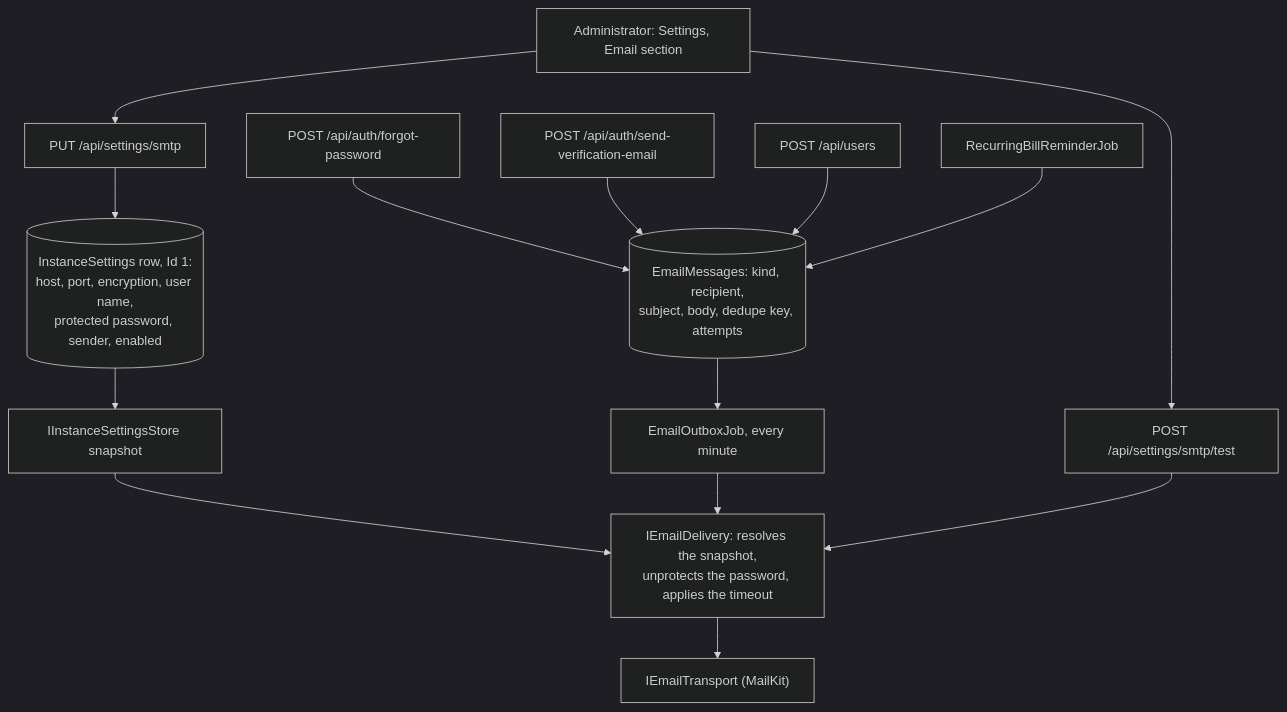
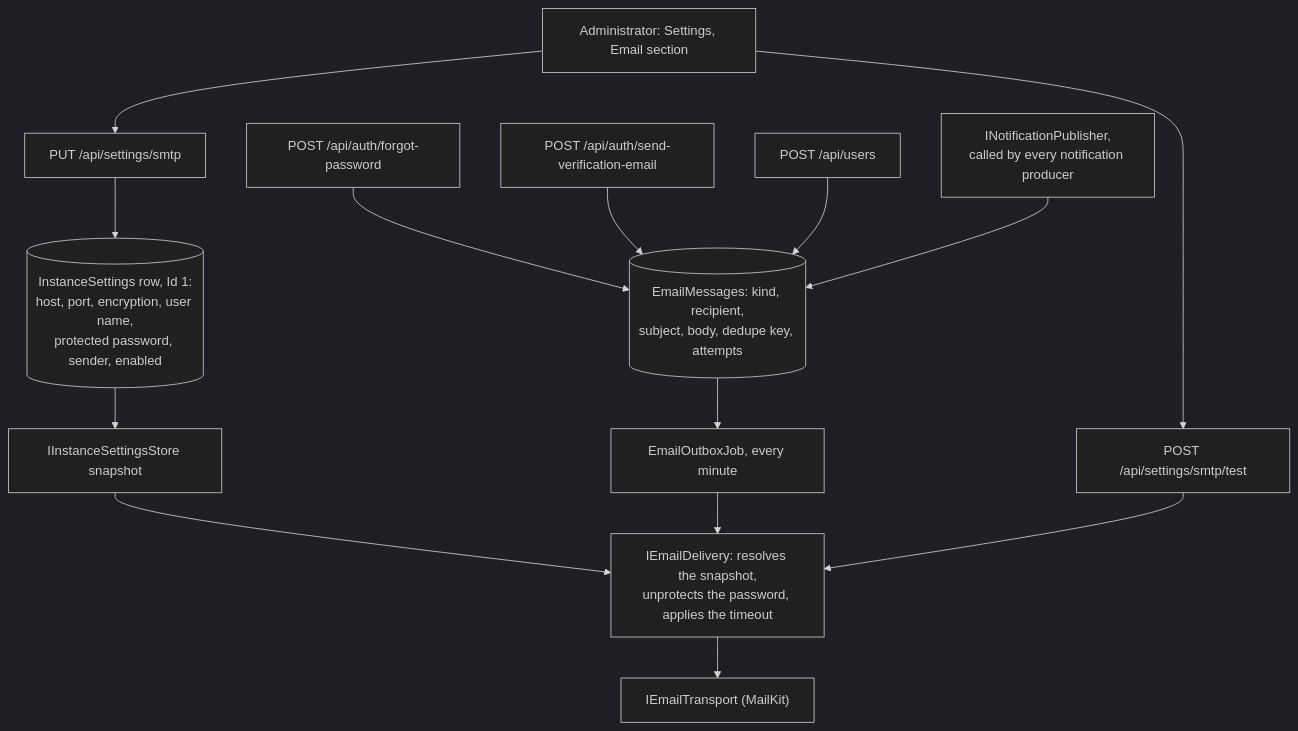
The first of 4 diagrams in docs/features/email.md (Justxs/Jx-Finance), drawn with Mermaid (dark theme) before and after one commit. The commit also changed other lines of this file and 138 other files, not shown here.

````diff
--- a/docs/features/email.md
+++ b/docs/features/email.md
@@ -15,16 +15,16 @@
 ```mermaid
 flowchart TD
     Admin["Administrator: Settings, Email section"] --> Save["PUT /api/settings/smtp"]
     Save --> Row[("InstanceSettings row, Id 1:<br/>host, port, encryption, user name,<br/>protected password, sender, enabled")]
     Row --> Store["IInstanceSettingsStore snapshot"]
     Store --> Delivery["IEmailDelivery: resolves the snapshot,<br/>unprotects the password, applies the timeout"]
     Delivery --> Transport["IEmailTransport (MailKit)"]
     Reset["POST /api/auth/forgot-password"] --> Outbox
     Verify["POST /api/auth/send-verification-email"] --> Outbox
     Create["POST /api/users"] --> Outbox
-    Bills["RecurringBillReminderJob"] --> Outbox
+    Publisher["INotificationPublisher,<br/>called by every notification producer"] --> Outbox
     Outbox[("EmailMessages: kind, recipient,<br/>subject, body, dedupe key, attempts")] --> Job["EmailOutboxJob, every minute"]
     Job --> Delivery
     Admin --> Test["POST /api/settings/smtp/test"]
     Test --> Delivery
 ```
````
